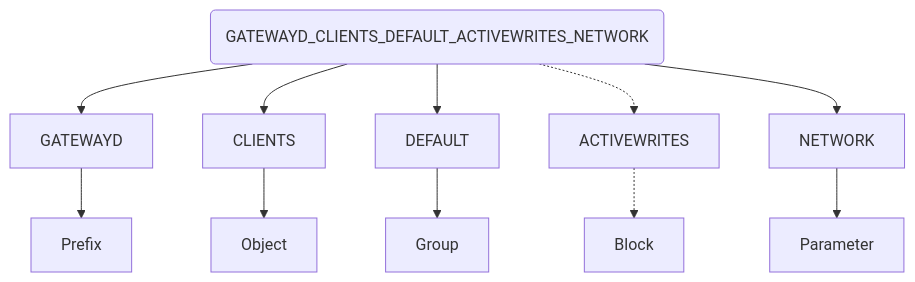
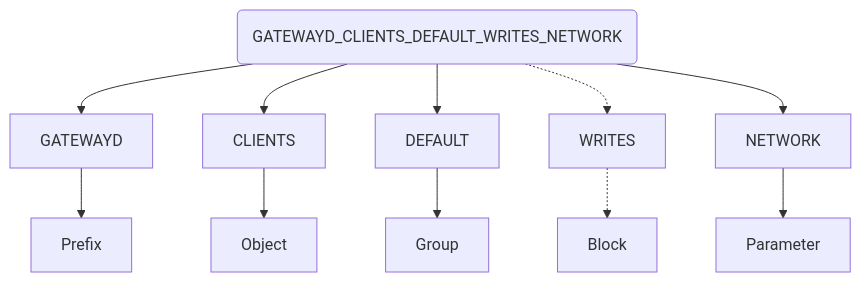
Before and after one commit to gatewayd-io/docs: the diagram in using-gatewayd/configuration.md, drawn with Mermaid. The commit also changed other lines of this file and 3 other files, not shown here.

````diff
--- a/using-gatewayd/configuration.md
+++ b/using-gatewayd/configuration.md
@@ -177,14 +177,14 @@
 ```mermaid
 flowchart TD
-    A(GATEWAYD_CLIENTS_DEFAULT_ACTIVEWRITES_NETWORK)
+    A(GATEWAYD_CLIENTS_DEFAULT_WRITES_NETWORK)
     A --> GATEWAYD
     A --> CLIENTS
     A --> DEFAULT
-    A -.-> ACTIVEWRITES
+    A -.-> WRITES
     A --> NETWORK
     GATEWAYD --> Prefix
     CLIENTS --> Object
     DEFAULT --> Group
-    ACTIVEWRITES -.-> Block
+    WRITES -.-> Block
     NETWORK --> Parameter
 ```
````
